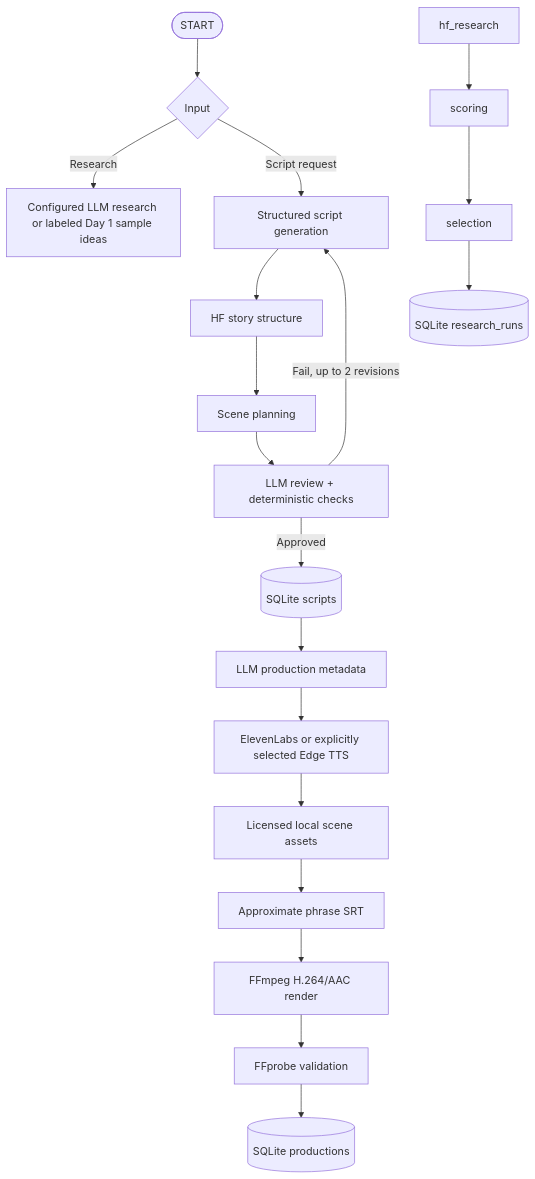
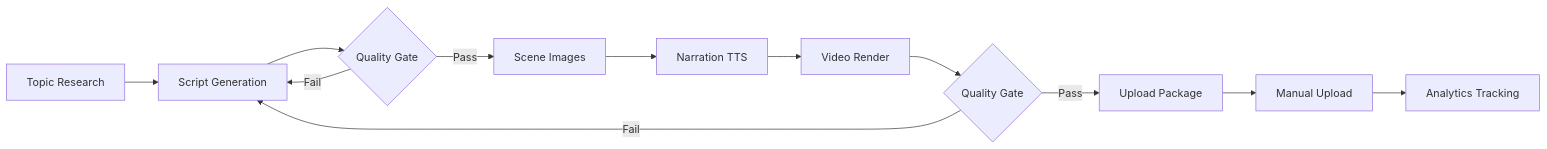
One commit to parshav42/youtube-agent changed the diagram in README.md. Above: the diagram before and after it, drawn with Mermaid. The commit also changed other lines of this file and 13 other files, not shown here.

````diff
--- a/README.md
+++ b/README.md
@@ -17,19 +34,14 @@
 ```mermaid
-flowchart TD
-    START([START]) --> route{Input}
-    route -->|Research| llm_research[Configured LLM research or labeled Day 1 sample ideas]
-    hf_research --> scoring --> selection --> research_db[(SQLite research_runs)]
-    route -->|Script request| generation[Structured script generation]
-    generation --> story[HF story structure]
-    story --> scenes[Scene planning]
-    scenes --> quality[LLM review + deterministic checks]
-    quality -->|Fail, up to 2 revisions| generation
-    quality -->|Approved| scripts_db[(SQLite scripts)]
-    scripts_db --> metadata[LLM production metadata]
-    metadata --> tts[ElevenLabs or explicitly selected Edge TTS]
-    tts --> visuals[Licensed local scene assets]
-    visuals --> subtitles[Approximate phrase SRT]
-    subtitles --> ffmpeg[FFmpeg H.264/AAC render]
-    ffmpeg --> media[FFprobe validation]
-    media --> production_db[(SQLite productions)]
+flowchart LR
+    A[Topic Research] --> B[Script Generation]
+    B --> C{Quality Gate}
+    C -->|Pass| D[Scene Images]
+    C -->|Fail| B
+    D --> E[Narration TTS]
+    E --> F[Video Render]
+    F --> G{Quality Gate}
+    G -->|Pass| H[Upload Package]
+    G -->|Fail| B
+    H --> I[Manual Upload]
+    I --> J[Analytics Tracking]
 ```
````
